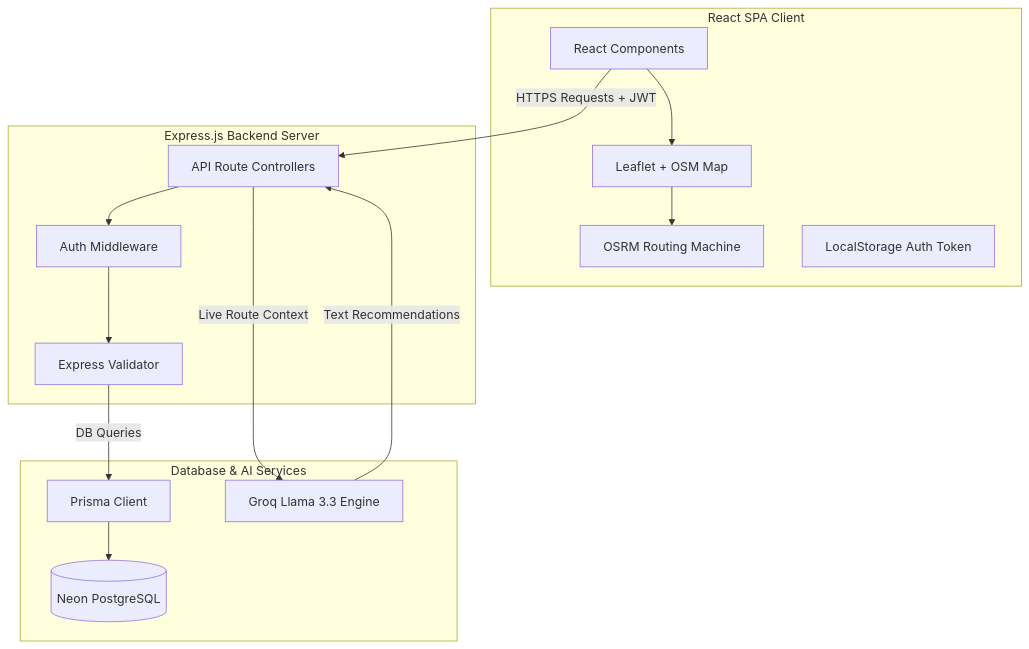
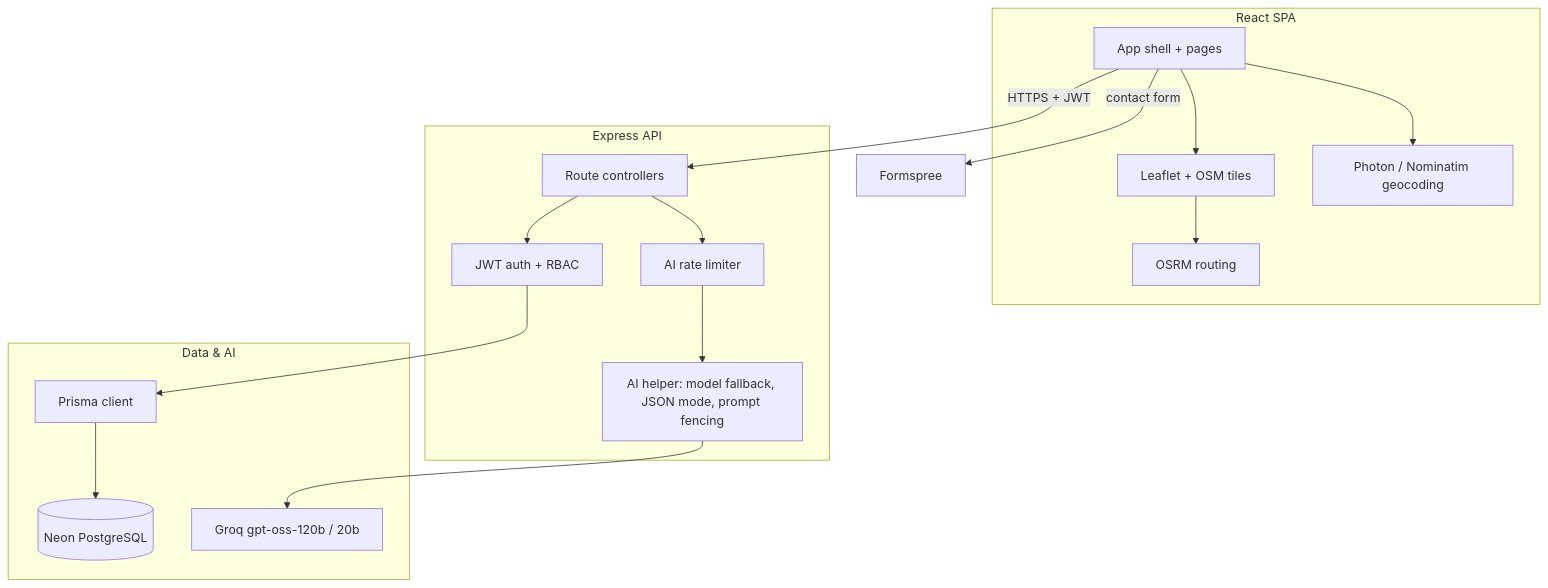
One commit to SairajJadhav08/SRANS--Smart-Regional-Alert-and-Navigation-System changed the first of 3 diagrams in docs/case-study.md. Above: the diagram before and after it, drawn with Mermaid. The commit also changed other lines of this file and 115 other files, not shown here.

````diff
--- a/docs/case-study.md
+++ b/docs/case-study.md
@@ -100,36 +146,31 @@
 ```mermaid
 graph TD
-    subgraph Client [React SPA Client]
-        UI[React Components]
-        Maps[Leaflet + OSM Map]
-        RouteEngine[OSRM Routing Machine]
-        Storage[LocalStorage Auth Token]
+    subgraph Client [React SPA]
+        UI[App shell + pages]
+        Maps[Leaflet + OSM tiles]
+        Route[OSRM routing]
+        Geo[Photon / Nominatim geocoding]
     end
 
-    subgraph API [Express.js Backend Server]
-        Router[API Route Controllers]
-        AuthMW[Auth Middleware]
-        Validation[Express Validator]
+    subgraph API [Express API]
+        Router[Route controllers]
+        AuthMW[JWT auth + RBAC]
+        RL[AI rate limiter]
+        AILib[AI helper: model fallback, JSON mode, prompt fencing]
     end
 
-    subgraph DB [Database & AI Services]
-        Prisma[Prisma Client]
+    subgraph Services [Data & AI]
+        Prisma[Prisma client]
         Neon[(Neon PostgreSQL)]
-        Groq[Groq Llama 3.3 Engine]
+        Groq[Groq gpt-oss-120b / 20b]
     end
 
-    %% Client Interactions
-    UI --> Maps
-    Maps --> RouteEngine
-    UI -- HTTPS Requests + JWT --> Router
-    
-    %% Backend Flow
-    Router --> AuthMW
-    AuthMW --> Validation
-    Validation -- DB Queries --> Prisma
-    Prisma --> Neon
-    
-    %% AI Pipeline
-    Router -- Live Route Context --> Groq
-    Groq -- Text Recommendations --> Router
+    Formspree[Formspree]
+
+    UI --> Maps --> Route
+    UI --> Geo
+    UI -- HTTPS + JWT --> Router
+    UI -- contact form --> Formspree
+    Router --> AuthMW --> Prisma --> Neon
+    Router --> RL --> AILib --> Groq
 ```
````
